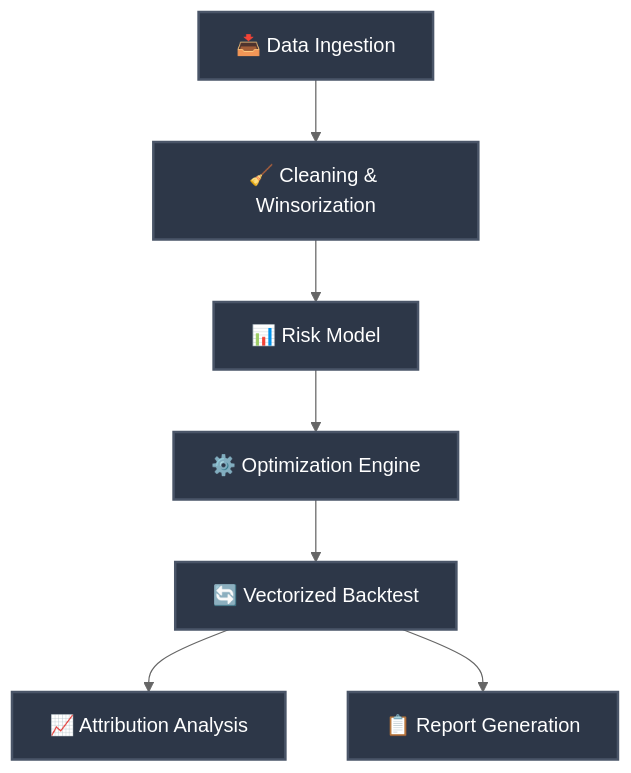
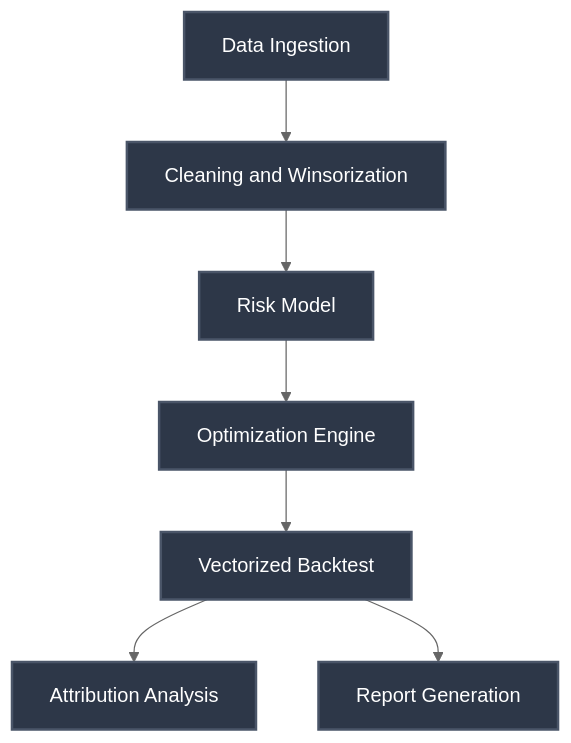
Before and after one commit to Claudoi/GammaEdge: the diagram in README.md, drawn with Mermaid (neutral theme). The commit also changed other lines of this file and 141 other files, not shown here.

````diff
--- a/README.md
+++ b/README.md
@@ -56,17 +123,17 @@
 ```mermaid
 graph TD
-    A[📥 Data Ingestion] --> B[🧹 Cleaning & Winsorization]
-    B --> C[📊 Risk Model]
-    C --> D[⚙️ Optimization Engine]
-    D --> E[🔄 Vectorized Backtest]
-    E --> F[📈 Attribution Analysis]
-    E --> G[📋 Report Generation]
-    
+    A[Data Ingestion] --> B[Cleaning and Winsorization]
+    B --> C[Risk Model]
+    C --> D[Optimization Engine]
+    D --> E[Vectorized Backtest]
+    E --> F[Attribution Analysis]
+    E --> G[Report Generation]
+
     style A fill:#2d3748,stroke:#4a5568,stroke-width:2px,color:#fff
     style B fill:#2d3748,stroke:#4a5568,stroke-width:2px,color:#fff
     style C fill:#2d3748,stroke:#4a5568,stroke-width:2px,color:#fff
     style D fill:#2d3748,stroke:#4a5568,stroke-width:2px,color:#fff
     style E fill:#2d3748,stroke:#4a5568,stroke-width:2px,color:#fff
     style F fill:#2d3748,stroke:#4a5568,stroke-width:2px,color:#fff
     style G fill:#2d3748,stroke:#4a5568,stroke-width:2px,color:#fff
 ```
````
